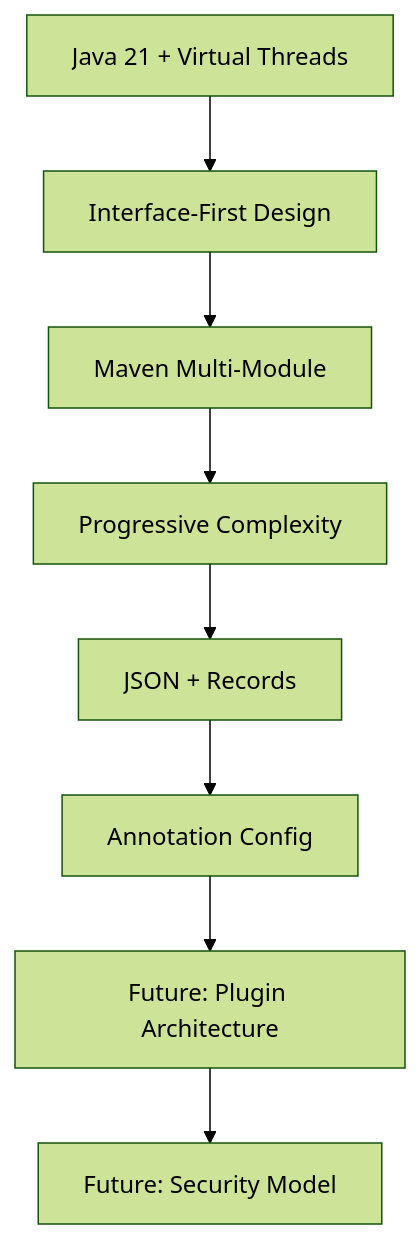
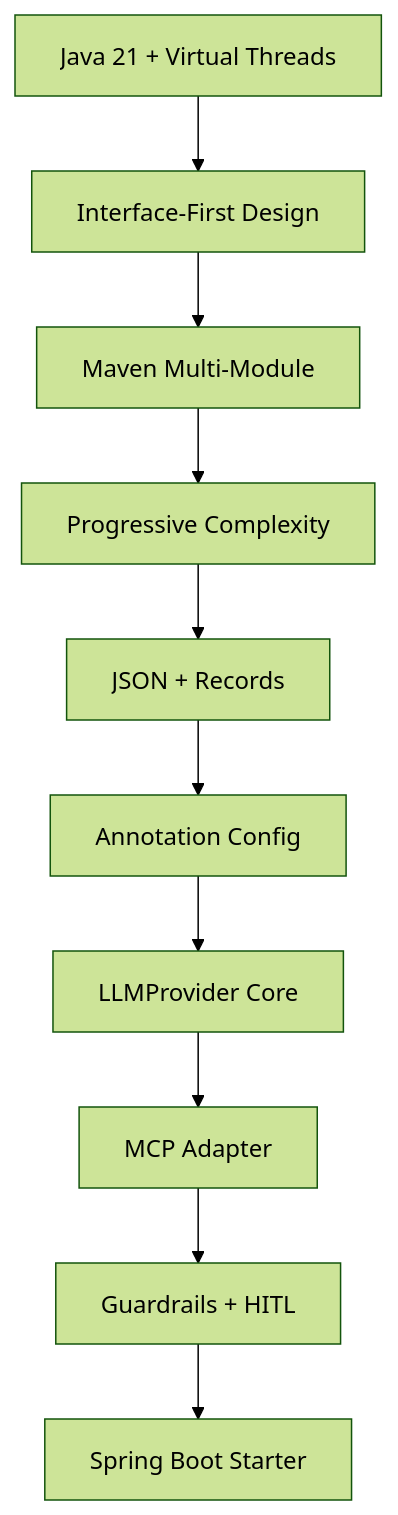
One commit to mauro-mura/agenor changed the diagram in docs/adr/README.md. Above: the diagram before and after it, drawn with Mermaid (forest theme). The commit also changed other lines of this file and 17 other files, not shown here.

First line of the commit message:
feat(spring-boot-starter): add jentic-spring-boot-starter module (#ADR-016)

````diff
--- a/docs/adr/README.md
+++ b/docs/adr/README.md
@@ -152,10 +144,12 @@
 ```mermaid
 graph TD
     A[Java 21 + Virtual Threads] --> B[Interface-First Design]
     B --> C[Maven Multi-Module]
     C --> D[Progressive Complexity]
     D --> E[JSON + Records]
     E --> F[Annotation Config]
-    F --> G[Future: Plugin Architecture]
-    G --> H[Future: Security Model]
+    F --> G[LLMProvider Core]
+    G --> H[MCP Adapter]
+    H --> I[Guardrails + HITL]
+    I --> J[Spring Boot Starter]
 ```
````
